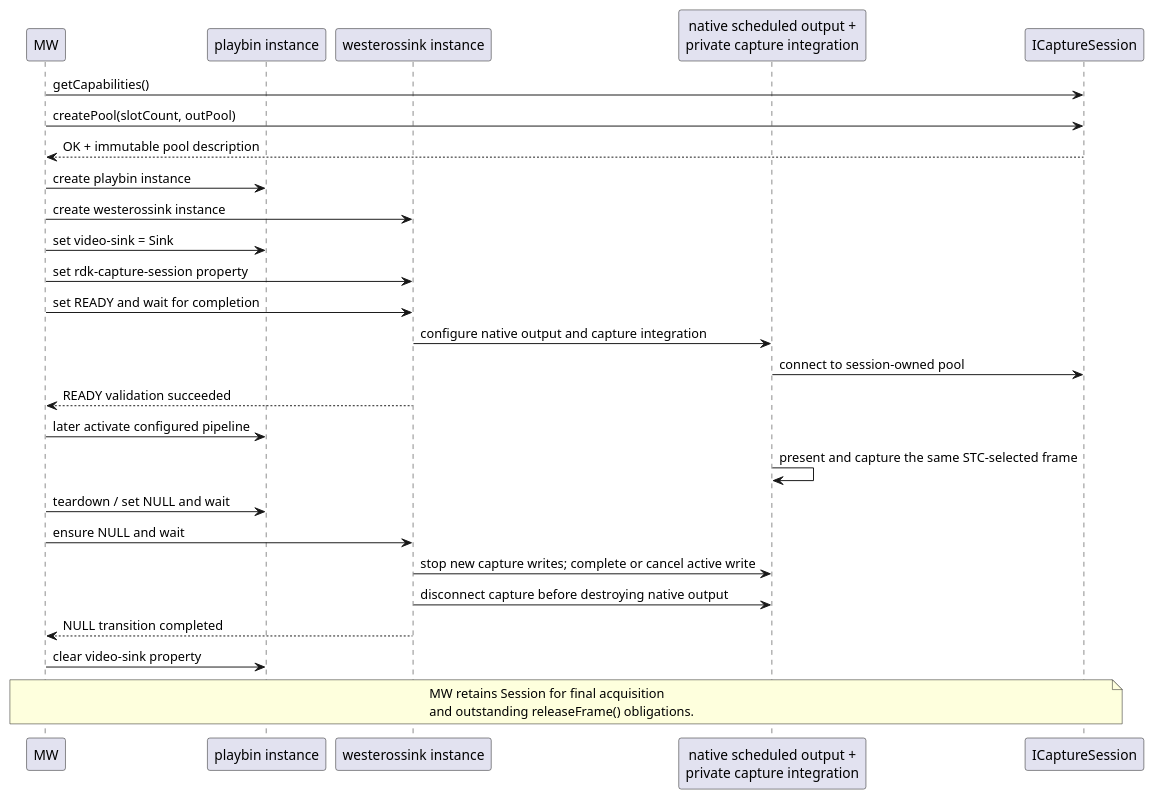
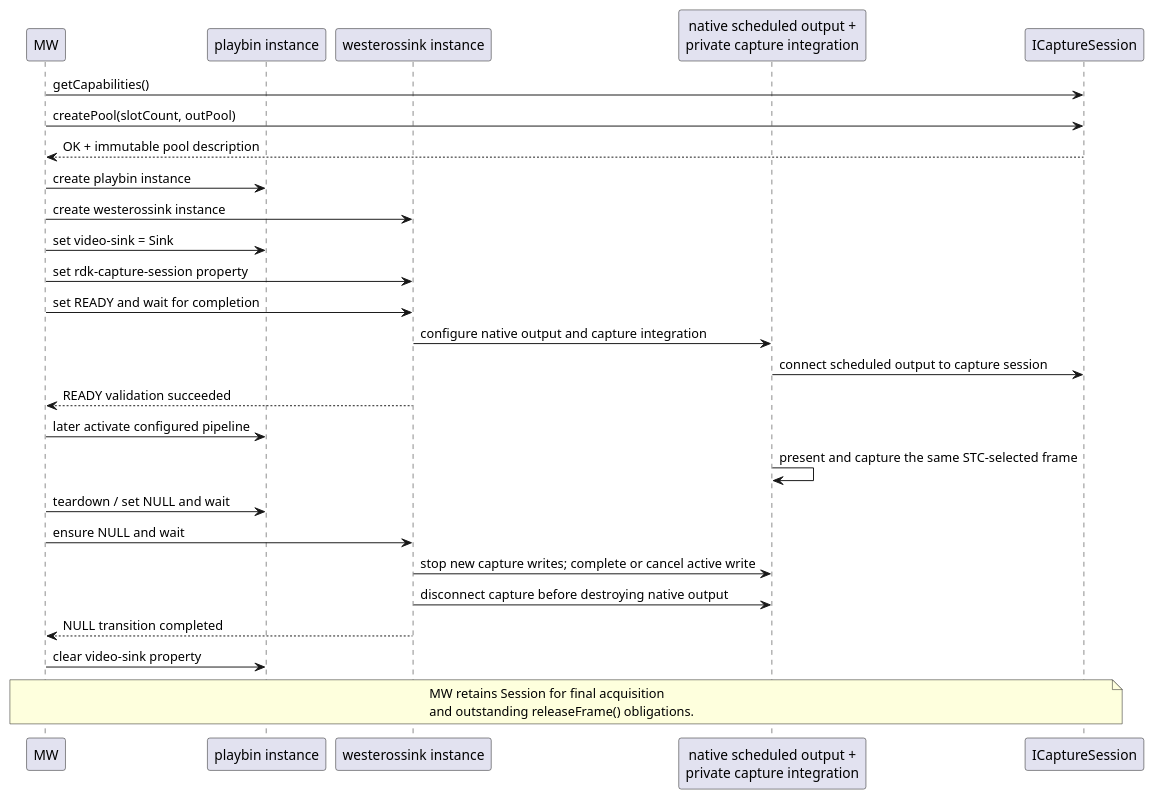
Before and after one commit to rdkcentral/rdk-hpk-documentation: the diagram in doc/Media_Pipeline/SPECIFICATION-soc-video-frame-capture.md, drawn with PlantUML. The commit also changed other lines of this file, not shown here.

````diff
--- a/doc/Media_Pipeline/SPECIFICATION-soc-video-frame-capture.md
+++ b/doc/Media_Pipeline/SPECIFICATION-soc-video-frame-capture.md
@@ -310,34 +315,34 @@
 ```plantuml
 @startuml
 participant MW
 participant "playbin instance" as Playbin
 participant "westerossink instance" as Sink
 participant "native scheduled output +\nprivate capture integration" as Output
 participant ICaptureSession as Session
 
 MW -> Session: getCapabilities()
 MW -> Session: createPool(slotCount, outPool)
 Session --> MW: OK + immutable pool description
 MW -> Playbin: create playbin instance
 MW -> Sink: create westerossink instance
 MW -> Playbin: set video-sink = Sink
 MW -> Sink: set rdk-capture-session property
 MW -> Sink: set READY and wait for completion
 Sink -> Output: configure native output and capture integration
-Output -> Session: connect to session-owned pool
+Output -> Session: connect scheduled output to capture session
 Sink --> MW: READY validation succeeded
 MW -> Playbin: later activate configured pipeline
 Output -> Output: present and capture the same STC-selected frame
 
 MW -> Playbin: teardown / set NULL and wait
 MW -> Sink: ensure NULL and wait
 Sink -> Output: stop new capture writes; complete or cancel active write
 Sink -> Output: disconnect capture before destroying native output
 Sink --> MW: NULL transition completed
 MW -> Playbin: clear video-sink property
 note over MW,Session
 MW retains Session for final acquisition
 and outstanding releaseFrame() obligations.
 end note
 @enduml
 ```
````
